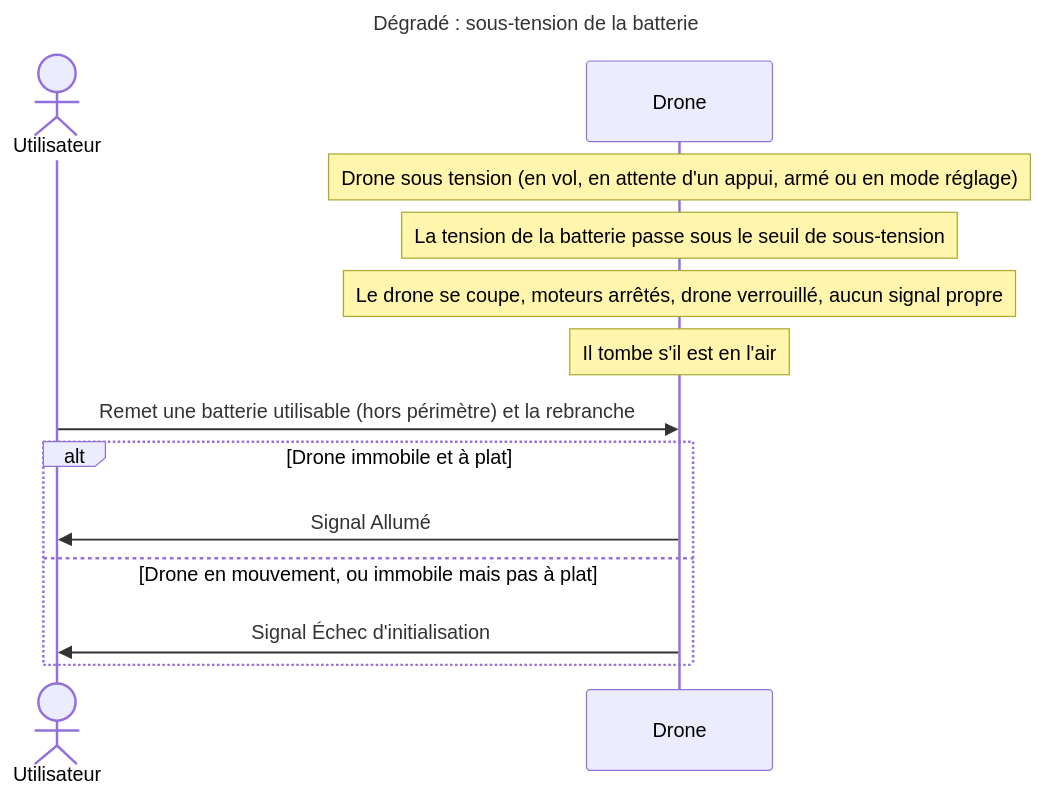
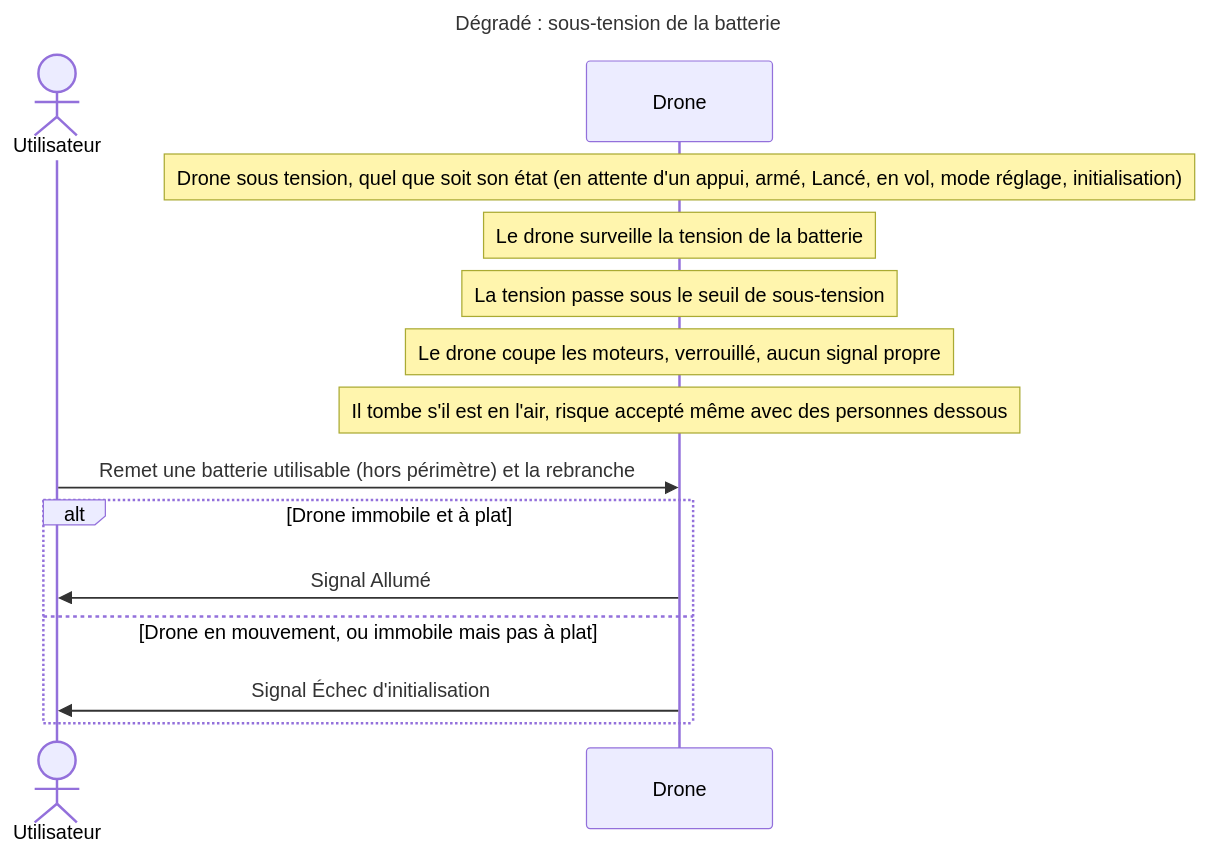
Before and after one commit to thourymatthieu-png/coworker_archi_system: diagram 16 of 16 in projets/boomrone/00-scenarios.md, drawn with Mermaid. The commit also changed other lines of this file and 6 other files, not shown here.

Commit message:
Boomrone : DEC-133 à DEC-136 (sous-tension), doutes DOU-108 à DOU-114, corrections de forme de la 4e relecture, 20 doutes ouverts

````diff
--- a/projets/boomrone/00-scenarios.md
+++ b/projets/boomrone/00-scenarios.md
@@ -1050,18 +1053,19 @@
 ```mermaid
 ---
 title: "Dégradé : sous-tension de la batterie"
 ---
 sequenceDiagram
     actor U as Utilisateur
     participant D as Drone
-    Note over D: Drone sous tension (en vol, en attente d'un appui, armé ou en mode réglage)
-    Note over D: La tension de la batterie passe sous le seuil de sous-tension
-    Note over D: Le drone se coupe, moteurs arrêtés, drone verrouillé, aucun signal propre
-    Note over D: Il tombe s'il est en l'air
+    Note over D: Drone sous tension, quel que soit son état (en attente d'un appui, armé, Lancé, en vol, mode réglage, initialisation)
+    Note over D: Le drone surveille la tension de la batterie
+    Note over D: La tension passe sous le seuil de sous-tension
+    Note over D: Le drone coupe les moteurs, verrouillé, aucun signal propre
+    Note over D: Il tombe s'il est en l'air, risque accepté même avec des personnes dessous
     U->>D: Remet une batterie utilisable (hors périmètre) et la rebranche
     alt Drone immobile et à plat
         D->>U: Signal Allumé
     else Drone en mouvement, ou immobile mais pas à plat
         D->>U: Signal Échec d'initialisation
     end
 ```
````
